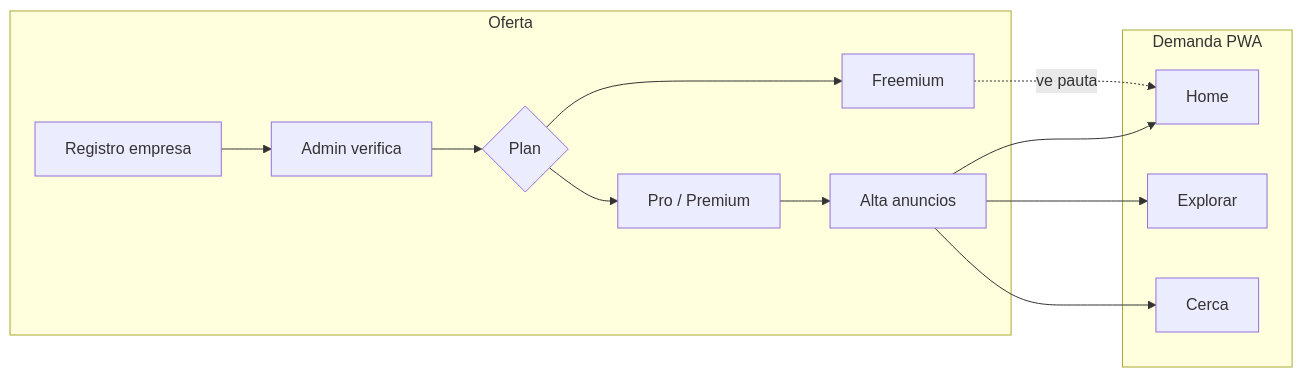
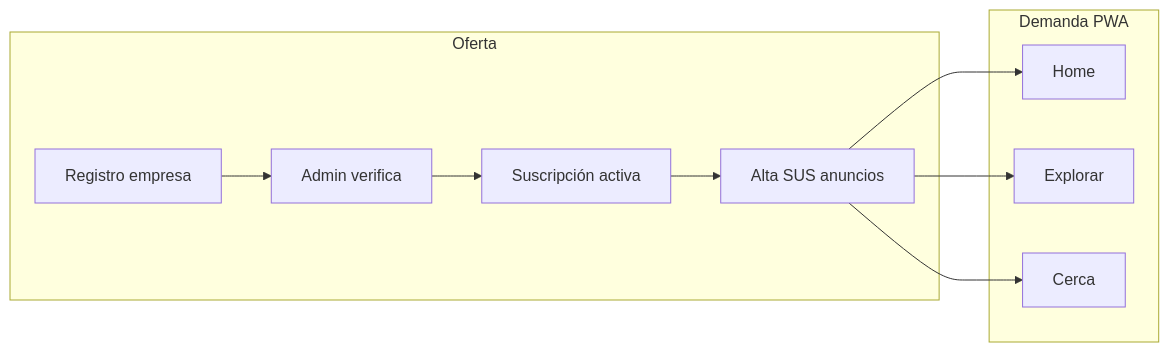
The diagram in docs/PLAN-ANUNCIOS-SUSCRIPCION.md (Darckmoud58/trago-pwa), drawn with Mermaid before and after one commit. The commit also changed other lines of this file and 133 other files, not shown here.

````diff
--- a/docs/PLAN-ANUNCIOS-SUSCRIPCION.md
+++ b/docs/PLAN-ANUNCIOS-SUSCRIPCION.md
@@ -32,24 +35,18 @@
 ```mermaid
 flowchart LR
   subgraph oferta [Oferta]
     Reg[Registro empresa]
     Ver[Admin verifica]
-    Plan{Plan}
-    Free[Freemium]
-    Pro[Pro / Premium]
-    Ads[Alta anuncios]
+    Sub[Suscripción activa]
+    Ads[Alta SUS anuncios]
   end
   subgraph demanda [Demanda PWA]
     Home[Home]
     Exp[Explorar]
     Cerca[Cerca]
   end
-  Reg --> Ver --> Plan
-  Plan --> Free
-  Plan --> Pro
-  Pro --> Ads
-  Free -.->|ve pauta| Home
+  Reg --> Ver --> Sub --> Ads
   Ads --> Home
   Ads --> Exp
   Ads --> Cerca
 ```
````
